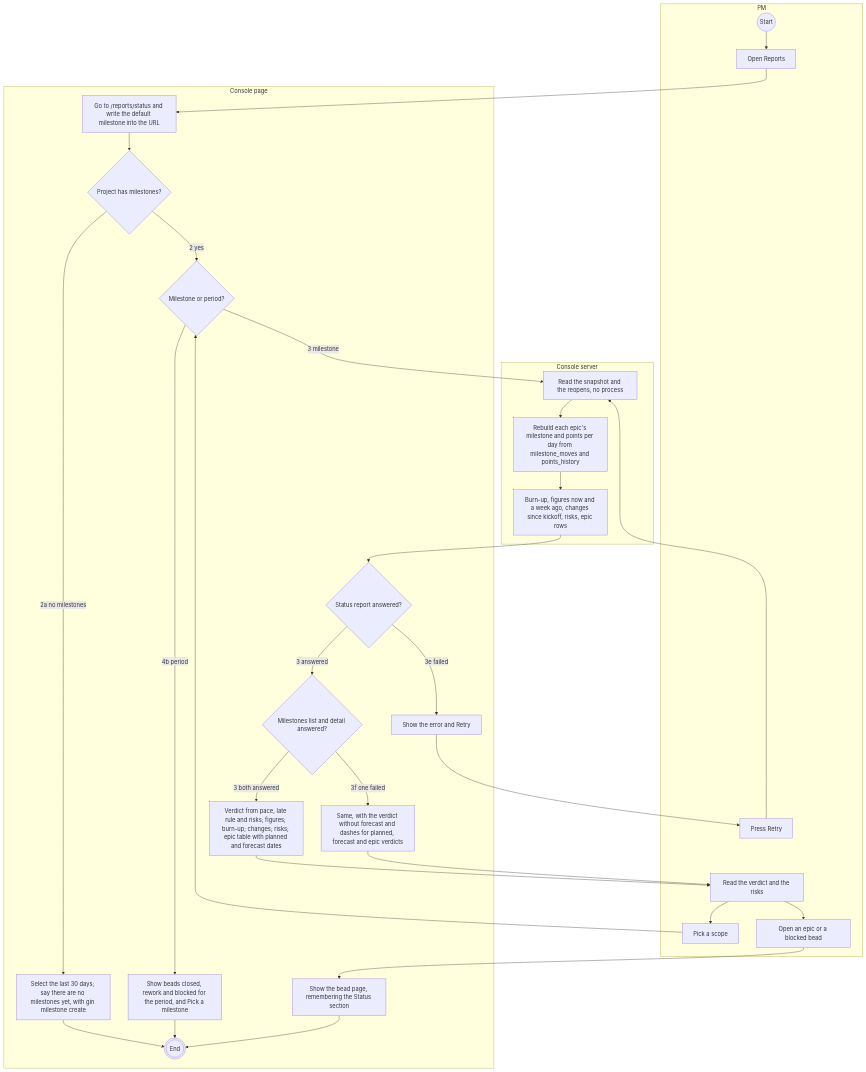
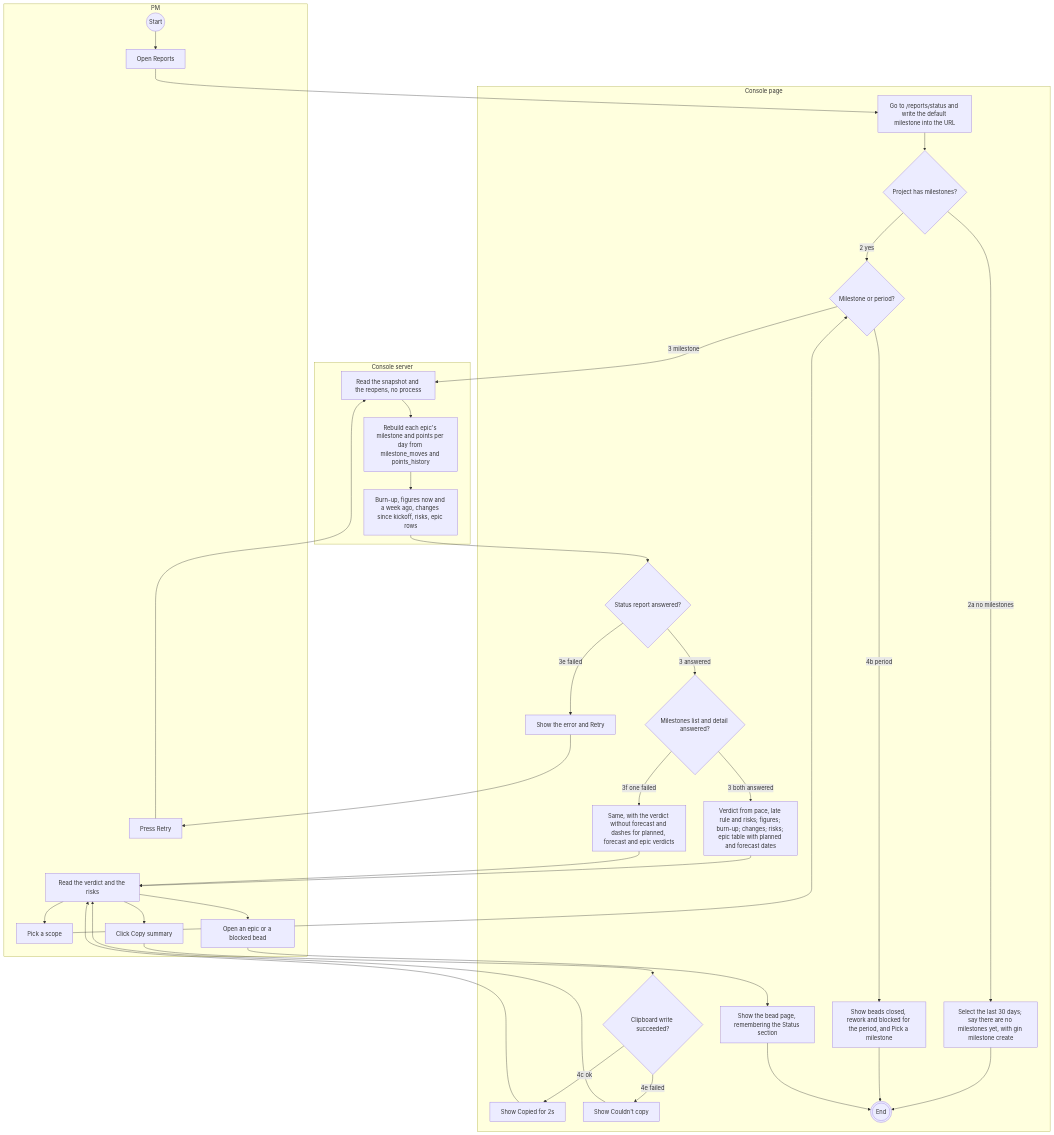
One commit to giangdhwhtbr/gin-console changed the diagram in docs/specs/reports/diagrams/status-section-activity.md. Above: the diagram before and after it, drawn with Mermaid. The commit also changed 8 other files, not shown here.

Commit message:
docs(specs): add WBS export and copy summary spec (gin-console-rm-wbs-export)

````diff
--- a/docs/specs/reports/diagrams/status-section-activity.md
+++ b/docs/specs/reports/diagrams/status-section-activity.md
@@ -7,55 +7,65 @@
 ```mermaid
 flowchart TD
   subgraph pm[PM]
     start((Start))
     open[Open Reports]
     read[Read the verdict and the risks]
     pick[Pick a scope]
     retry[Press Retry]
+    copyBtn[Click Copy summary]
     openEpic[Open an epic or a blocked bead]
   end
   subgraph page[Console page]
     redirect[Go to /reports/status and write the default milestone into the URL]
     any{Project has milestones?}
     noMs[Select the last 30 days; say there are no milestones yet, with gin milestone create]
     scope{Milestone or period?}
     periodView[Show beads closed, rework and blocked for the period, and Pick a milestone]
     ok{Status report answered?}
     error[Show the error and Retry]
     side{Milestones list and detail answered?}
     full[Verdict from pace, late rule and risks; figures; burn-up; changes; risks; epic table with planned and forecast dates]
     partial[Same, with the verdict without forecast and dashes for planned, forecast and epic verdicts]
+    clipOk{Clipboard write succeeded?}
+    copied[Show Copied for 2s]
+    copyErr[Show Couldn't copy]
     beadPage[Show the bead page, remembering the Status section]
     done(((End)))
   end
   subgraph server[Console server]
     snap[Read the snapshot and the reopens, no process]
     history[Rebuild each epic's milestone and points per day from milestone_moves and points_history]
     build[Burn-up, figures now and a week ago, changes since kickoff, risks, epic rows]
   end
   start --> open
   open --> redirect
   redirect --> any
   any -->|2a no milestones| noMs
   noMs --> done
   any -->|2 yes| scope
   scope -->|4b period| periodView
   periodView --> done
   scope -->|3 milestone| snap
   snap --> history
   history --> build
   build --> ok
   ok -->|3e failed| error
   error --> retry
   retry --> snap
   ok -->|3 answered| side
   side -->|3 both answered| full
   side -->|3f one failed| partial
   full --> read
   partial --> read
   read --> pick
   pick --> scope
+  read --> copyBtn
+  copyBtn --> clipOk
+  clipOk -->|4c ok| copied
+  clipOk -->|4e failed| copyErr
+  copied --> read
+  copyErr --> read
   read --> openEpic
   openEpic --> beadPage
   beadPage --> done
 ```
````
